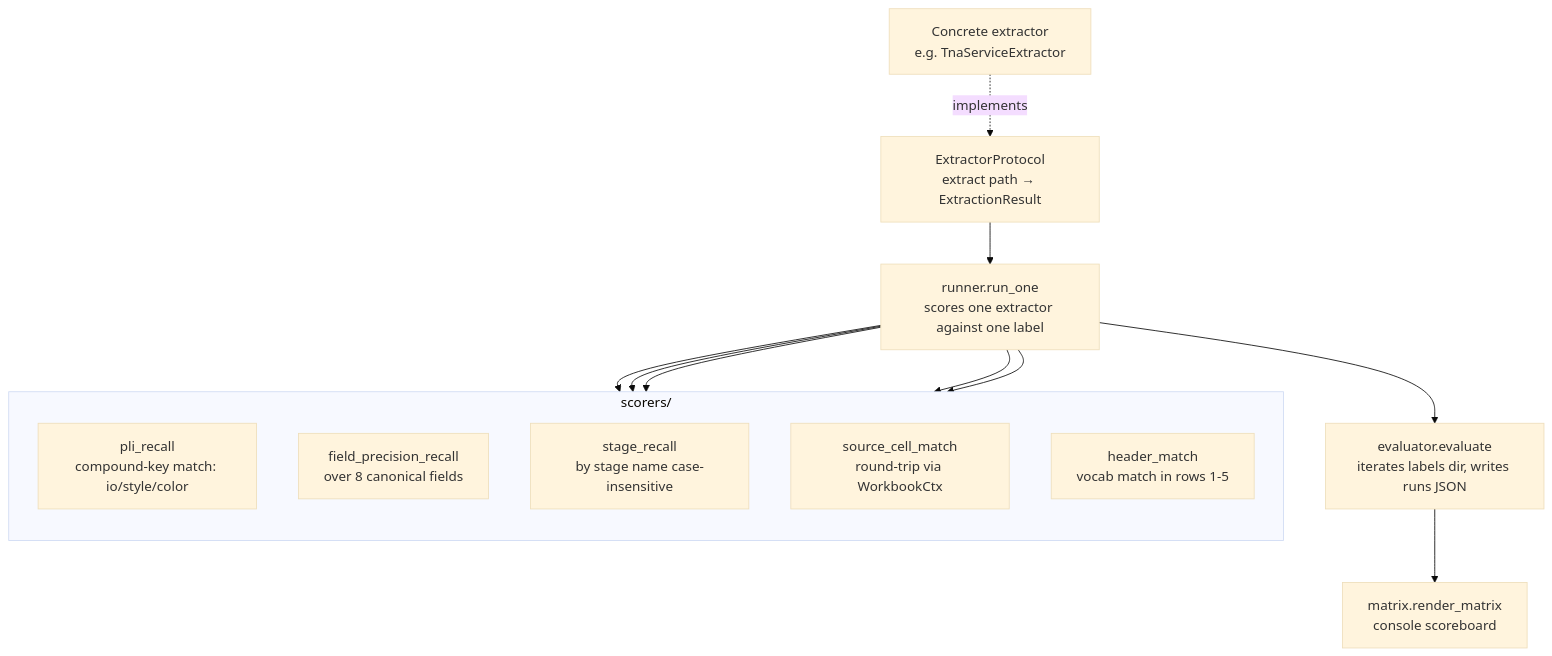
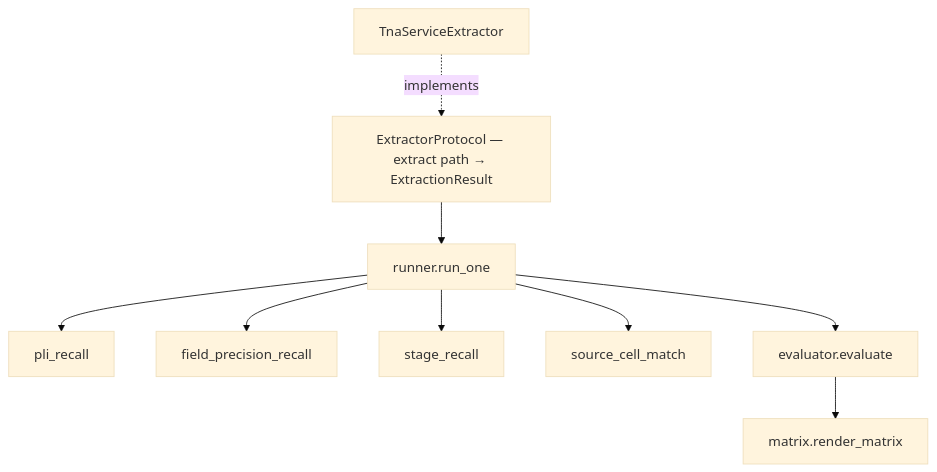
The fifth of 5 diagrams in ARCHITECTURE.md (DAITA-Labs/tna-service), drawn with Mermaid (base theme) before and after one commit. The commit also changed other lines of this file and 27 other files, not shown here.

````diff
--- a/ARCHITECTURE.md
+++ b/ARCHITECTURE.md
@@ -501,27 +417,10 @@
 ```mermaid
 flowchart TB
-    P["ExtractorProtocol<br/>extract path → ExtractionResult"]
-    R[runner.run_one<br/>scores one extractor against one label]
-    E[evaluator.evaluate<br/>iterates labels dir, writes runs JSON]
-    M[matrix.render_matrix<br/>console scoreboard]
-
-    subgraph SCORERS["scorers/"]
-      direction TB
-      S1[pli_recall<br/>compound-key match: io/style/color]
-      S2[field_precision_recall<br/>over 8 canonical fields]
-      S3[stage_recall<br/>by stage name case-insensitive]
-      S4[source_cell_match<br/>round-trip via WorkbookCtx]
-      S5[header_match<br/>vocab match in rows 1-5]
-    end
-
-    EXT[Concrete extractor<br/>e.g. TnaServiceExtractor]
+    P["ExtractorProtocol — extract path → ExtractionResult"]
+    EXT[TnaServiceExtractor]
     EXT -.implements.-> P
-    P --> R
-    R --> S1
-    R --> S2
-    R --> S3
-    R --> S4
-    R --> S5
-    R --> E
-    E --> M
+    P --> R[runner.run_one]
+    R --> S1[pli_recall] & S2[field_precision_recall] & S3[stage_recall] & S4[source_cell_match]
+    R --> E[evaluator.evaluate]
+    E --> M[matrix.render_matrix]
 ```
````
